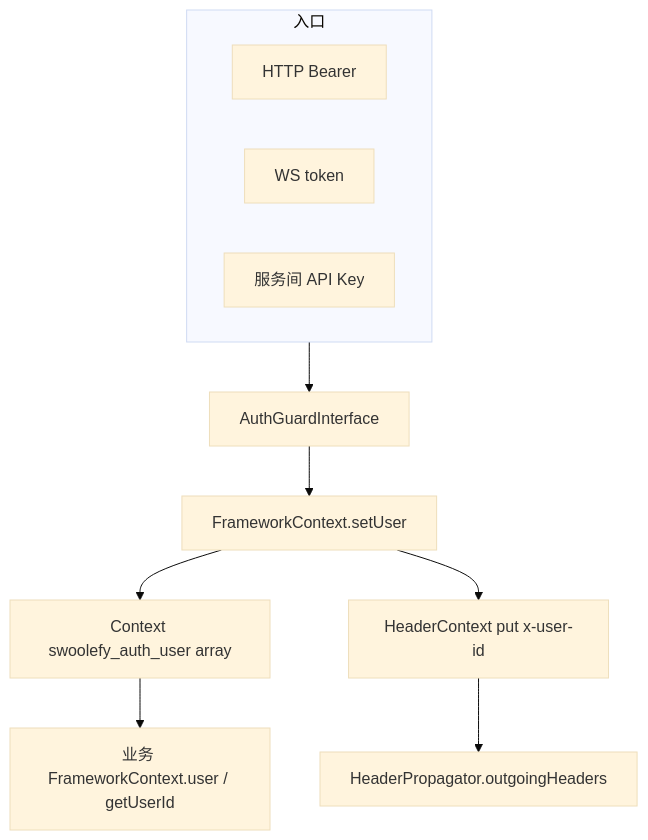
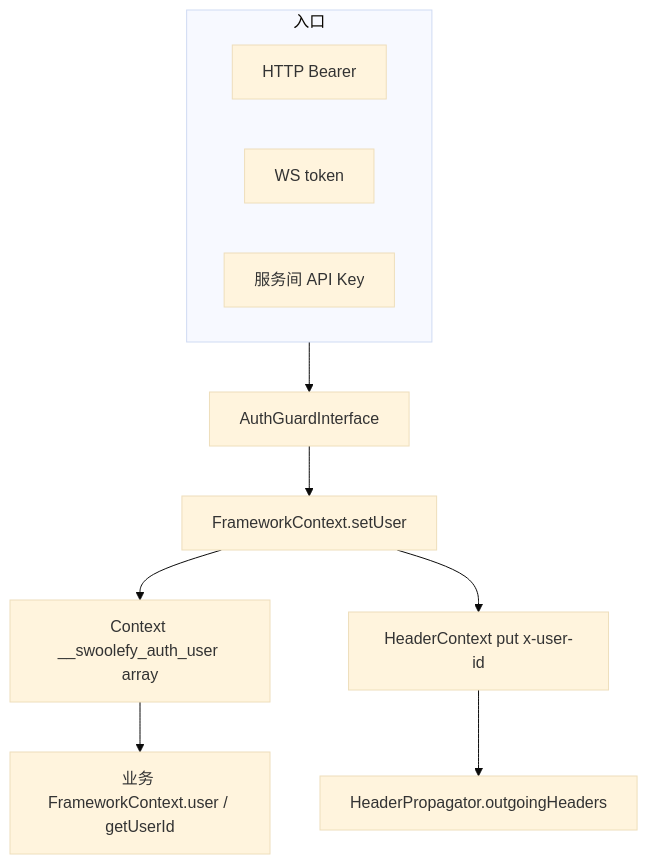
The first of 2 diagrams in docs/Auth.md (bingcool/swoolefy), drawn with Mermaid (base theme) before and after one commit. The commit also changed other lines of this file and 7 other files, not shown here.

Commit message:
Support AuthUser Component

````diff
--- a/docs/Auth.md
+++ b/docs/Auth.md
@@ -120,19 +120,19 @@
 ```mermaid
 flowchart TB
   subgraph entry [入口]
     HTTP[HTTP Bearer]
     WS[WS token]
     Key[服务间 API Key]
   end
   Guard[AuthGuardInterface]
   FC[FrameworkContext.setUser]
-  Snap["Context swoolefy_auth_user array"]
+  Snap["Context __swoolefy_auth_user array"]
   HC[HeaderContext put x-user-id]
   Biz[业务 FrameworkContext.user / getUserId]
   SDK[HeaderPropagator.outgoingHeaders]
   entry --> Guard --> FC
   FC --> Snap
   FC --> HC
   Snap --> Biz
   HC --> SDK
 ```
````
